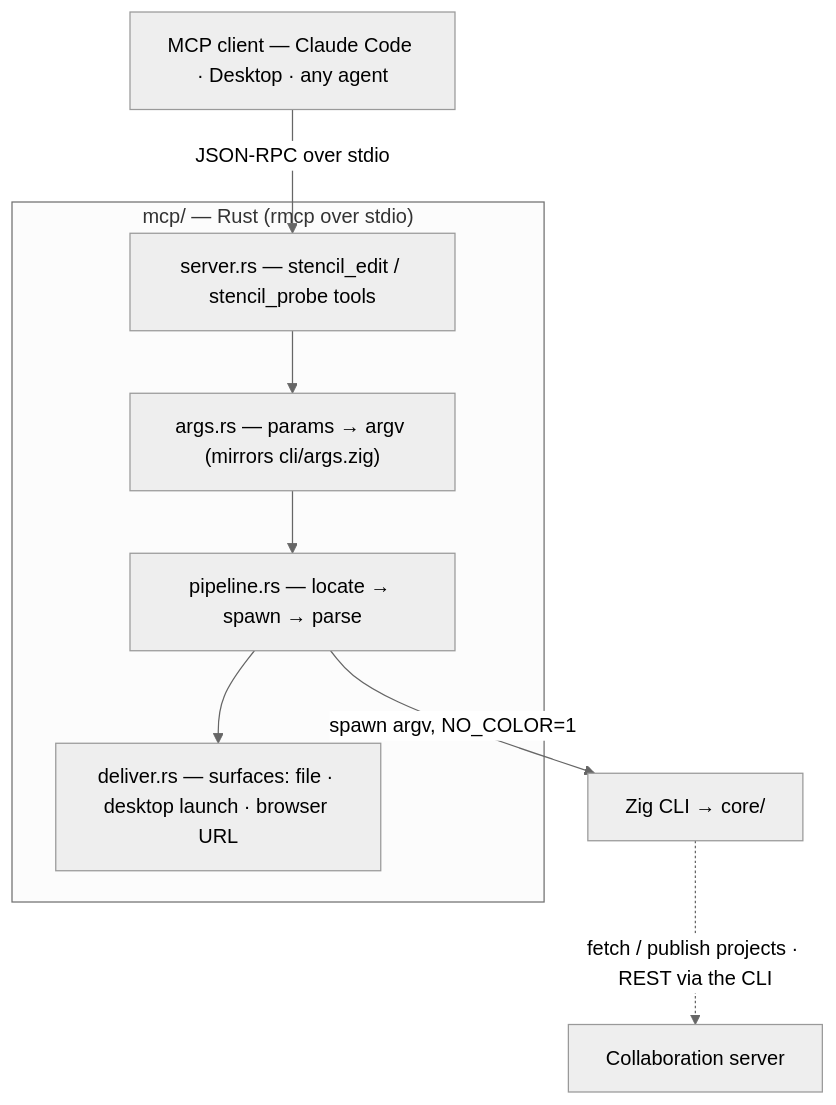
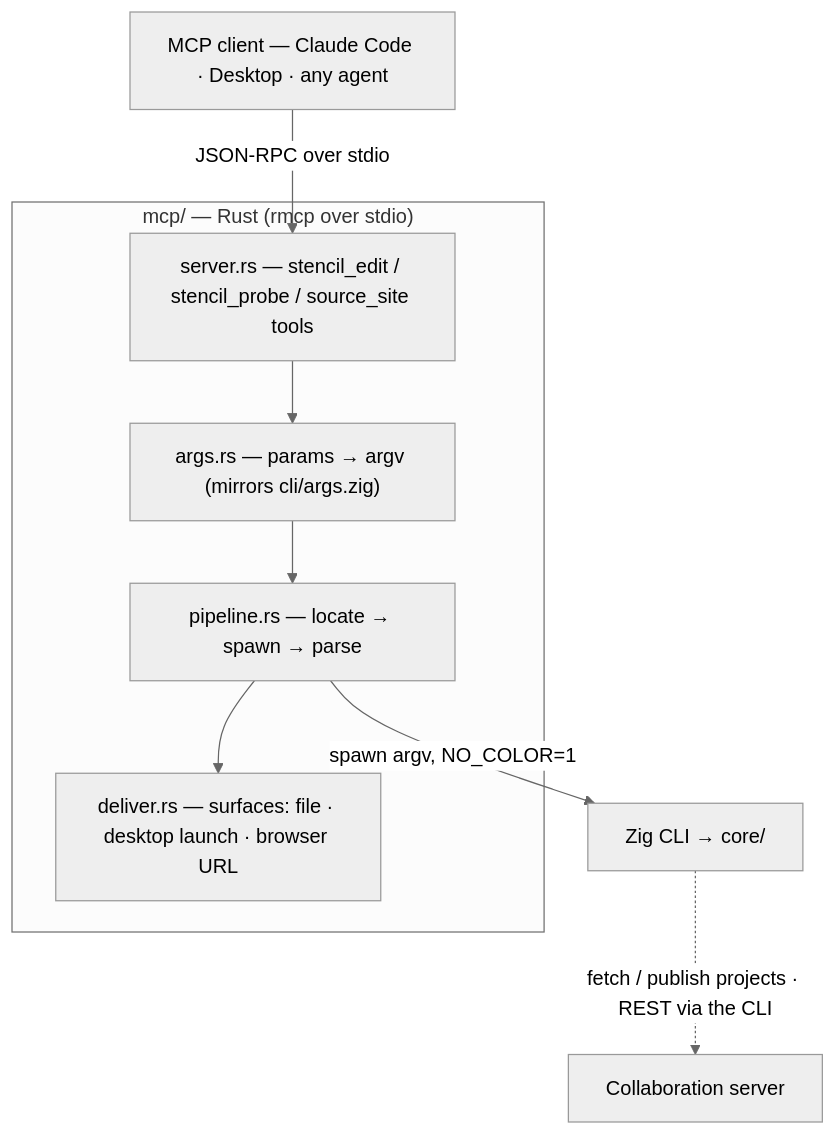
Before and after one commit to andrew1407/stencil: the first of 2 diagrams in mcp/README.md, drawn with Mermaid (neutral theme). The commit also changed other lines of this file and 68 other files, not shown here.

Commit message:
Add cross-surface source-site media scraping (CLI/pystencil/MCP/extension/bot) and opt-in perf benchmarks

````diff
--- a/mcp/README.md
+++ b/mcp/README.md
@@ -30,19 +31,19 @@
 ```mermaid
 graph TD
     CLIENT["MCP client — Claude Code · Desktop · any agent"]
     subgraph MCP["mcp/ — Rust (rmcp over stdio)"]
-      SERVER["server.rs — stencil_edit / stencil_probe tools"]
+      SERVER["server.rs — stencil_edit / stencil_probe / source_site tools"]
       ARGS["args.rs — params → argv (mirrors cli/args.zig)"]
       PIPE["pipeline.rs — locate → spawn → parse"]
       DEL["deliver.rs — surfaces: file · desktop launch · browser URL"]
     end
     CLI["Zig CLI → core/"]
     SRV["Collaboration server"]
 
     CLIENT -->|"JSON-RPC over stdio"| SERVER
     SERVER --> ARGS
     ARGS --> PIPE
     PIPE -->|"spawn argv, NO_COLOR=1"| CLI
     CLI -.->|"fetch / publish projects · REST via the CLI"| SRV
     PIPE --> DEL
 ```
````
